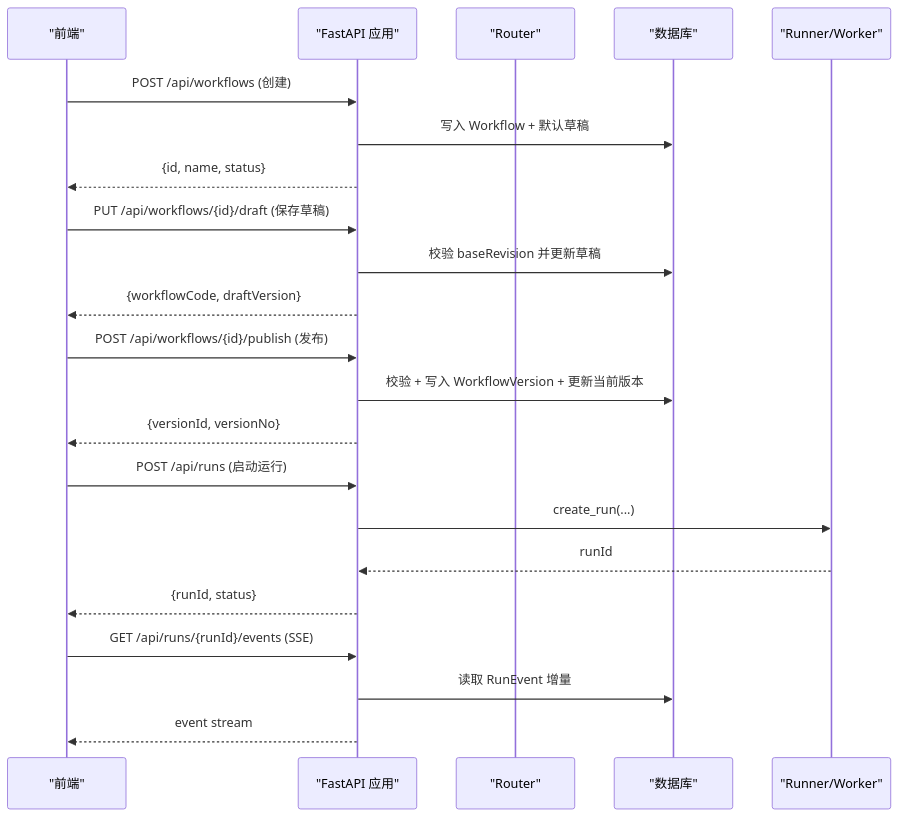
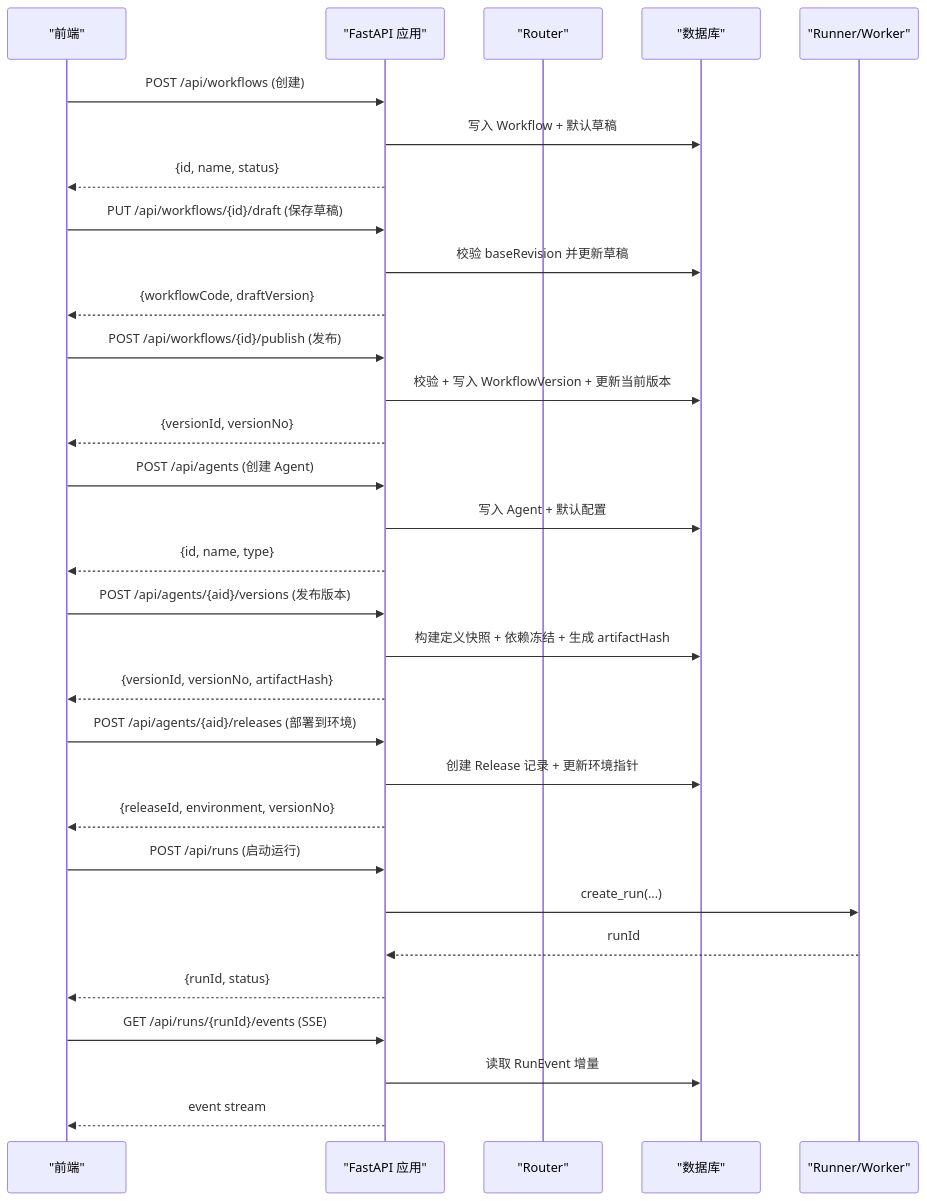
Before and after one commit to huiliuxu780/MoreThanCorn: the first of 3 diagrams in .qoder/repowiki/zh/content/后端架构与 API.md, drawn with Mermaid. The commit also changed other lines of this file and 136 other files, not shown here.

````diff
--- a/.qoder/repowiki/zh/content/后端架构与 API.md
+++ b/.qoder/repowiki/zh/content/后端架构与 API.md
@@ -34,24 +37,33 @@
 ```mermaid
 sequenceDiagram
 participant FE as "前端"
 participant API as "FastAPI 应用"
 participant R as "Router"
 participant DB as "数据库"
 participant W as "Runner/Worker"
 FE->>API : POST /api/workflows (创建)
 API->>DB : 写入 Workflow + 默认草稿
 API-->>FE : {id, name, status}
 FE->>API : PUT /api/workflows/{id}/draft (保存草稿)
 API->>DB : 校验 baseRevision 并更新草稿
 API-->>FE : {workflowCode, draftVersion}
 FE->>API : POST /api/workflows/{id}/publish (发布)
 API->>DB : 校验 + 写入 WorkflowVersion + 更新当前版本
 API-->>FE : {versionId, versionNo}
+FE->>API : POST /api/agents (创建 Agent)
+API->>DB : 写入 Agent + 默认配置
+API-->>FE : {id, name, type}
+FE->>API : POST /api/agents/{aid}/versions (发布版本)
+API->>DB : 构建定义快照 + 依赖冻结 + 生成 artifactHash
+API-->>FE : {versionId, versionNo, artifactHash}
+FE->>API : POST /api/agents/{aid}/releases (部署到环境)
+API->>DB : 创建 Release 记录 + 更新环境指针
+API-->>FE : {releaseId, environment, versionNo}
 FE->>API : POST /api/runs (启动运行)
 API->>W : create_run(...)
 W-->>API : runId
 API-->>FE : {runId, status}
 FE->>API : GET /api/runs/{runId}/events (SSE)
 API->>DB : 读取 RunEvent 增量
 API-->>FE : event stream
 ```
````
